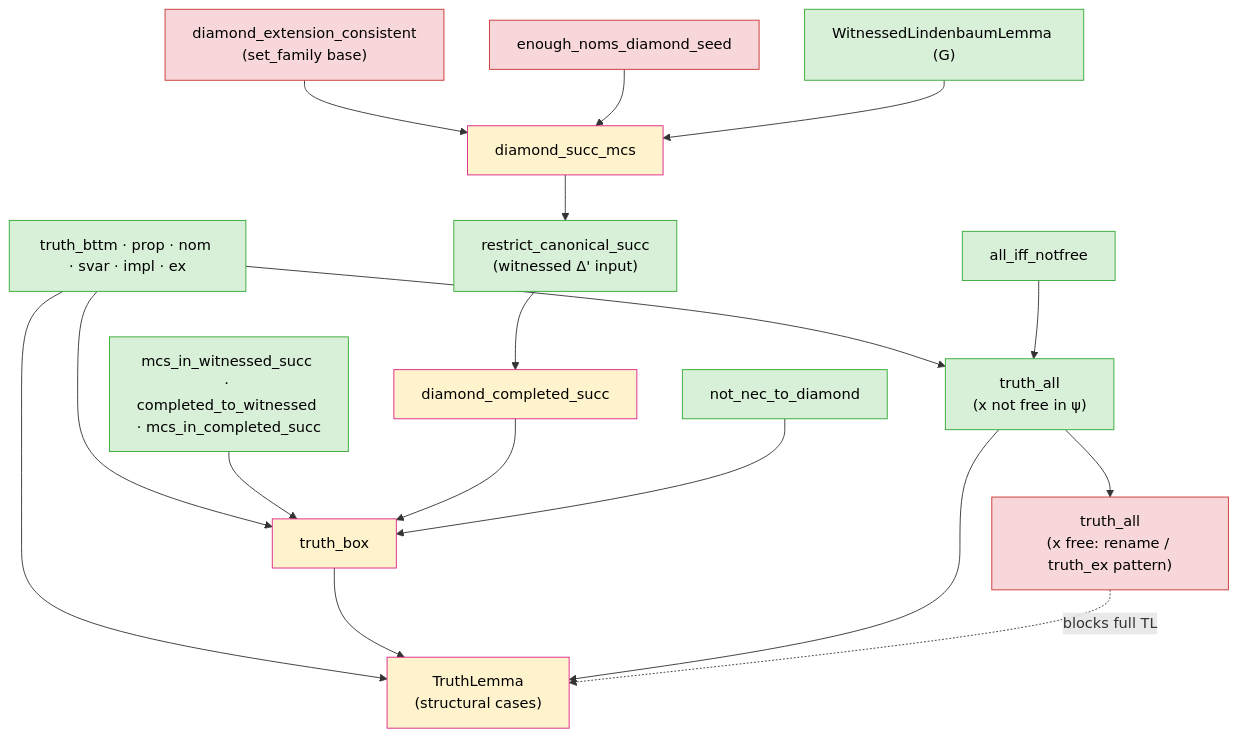
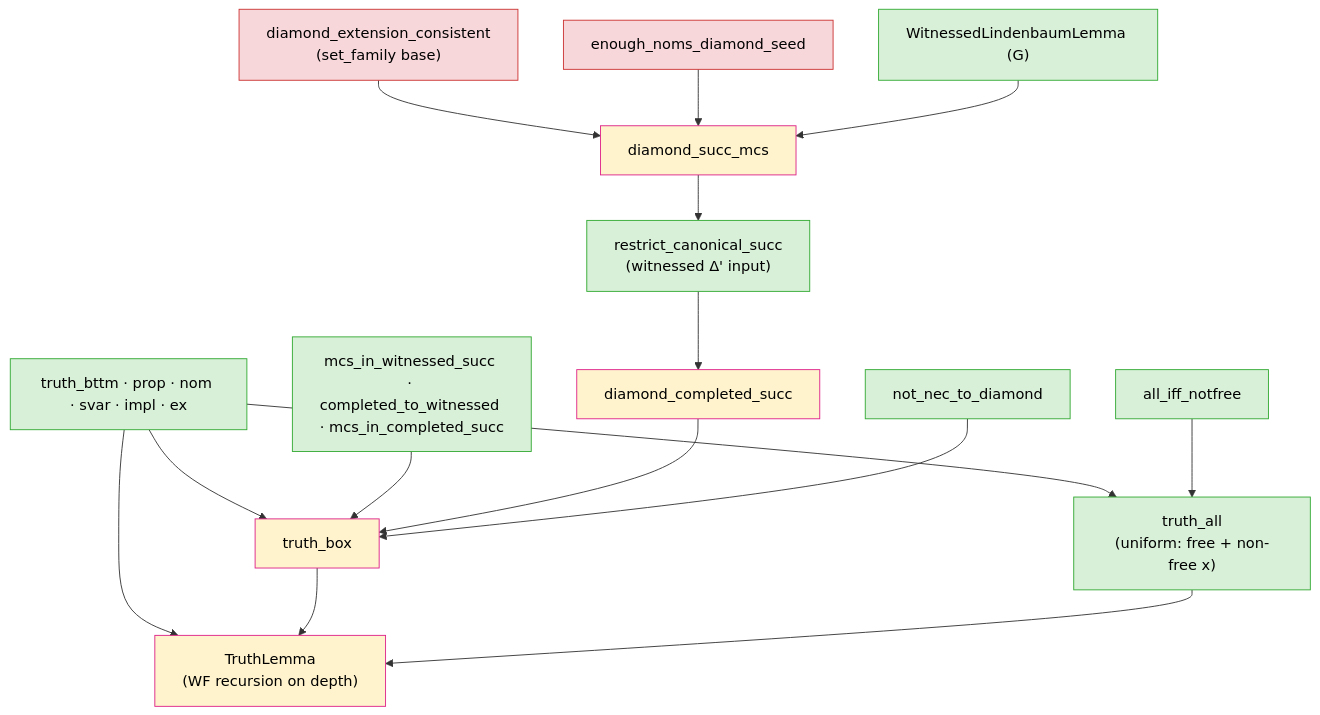
One commit to catskillsresearch/hybrid_logic_lean_revisited changed the fourth of 5 diagrams in arxiv.md. Above: the diagram before and after it, drawn with Mermaid. The commit also changed other lines of this file and 2 other files, not shown here.

First line of the commit message:
TL: prove truth_all (∀ truth-lemma case), close second-to-last hole

````diff
--- a/arxiv.md
+++ b/arxiv.md
@@ -299,34 +300,32 @@
 ```mermaid
 flowchart TD
   classDef pass fill:#d8efd8,stroke:#3a3,color:#000
   classDef partial fill:#fff3cd,stroke:#d28,color:#000
   classDef open fill:#f8d7da,stroke:#c33,color:#000
 
   base["truth_bttm · prop · nom · svar · impl · ex"]:::pass
   succ["mcs_in_witnessed_succ · completed_to_witnessed · mcs_in_completed_succ"]:::pass
 
   cons["diamond_extension_consistent<br/>(set_family base)"]:::open
   nom["enough_noms_diamond_seed"]:::open
   WL["WitnessedLindenbaumLemma (G)"]:::pass
   cons --> dsc["diamond_succ_mcs"]:::partial
   nom --> dsc
   WL --> dsc
   dsc --> rcs["restrict_canonical_succ<br/>(witnessed Δ' input)"]:::pass
   rcs --> dcs["diamond_completed_succ"]:::partial
   nnd["not_nec_to_diamond"]:::pass
 
   base --> box["truth_box"]:::partial
   succ --> box
   dcs --> box
   nnd --> box
 
   ainf["all_iff_notfree"]:::pass
-  base --> allNF["truth_all<br/>(x not free in ψ)"]:::pass
+  base --> allNF["truth_all<br/>(uniform: free + non-free x)"]:::pass
   ainf --> allNF
-  allNF --> allF["truth_all<br/>(x free: rename / truth_ex pattern)"]:::open
 
-  base --> TLm["TruthLemma<br/>(structural cases)"]:::partial
+  base --> TLm["TruthLemma<br/>(WF recursion on depth)"]:::partial
   box --> TLm
   allNF --> TLm
-  allF -.->|"blocks full TL"| TLm
 ```
````
